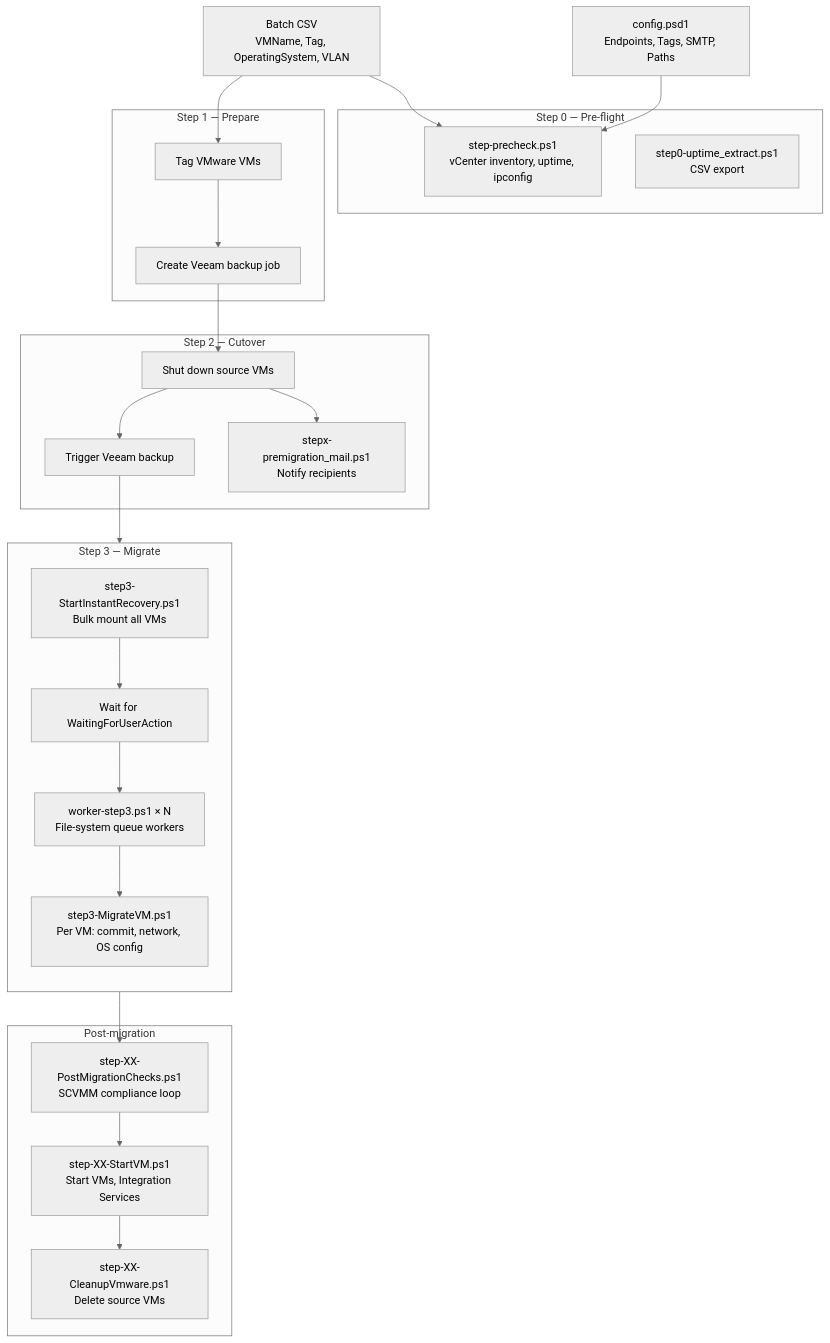
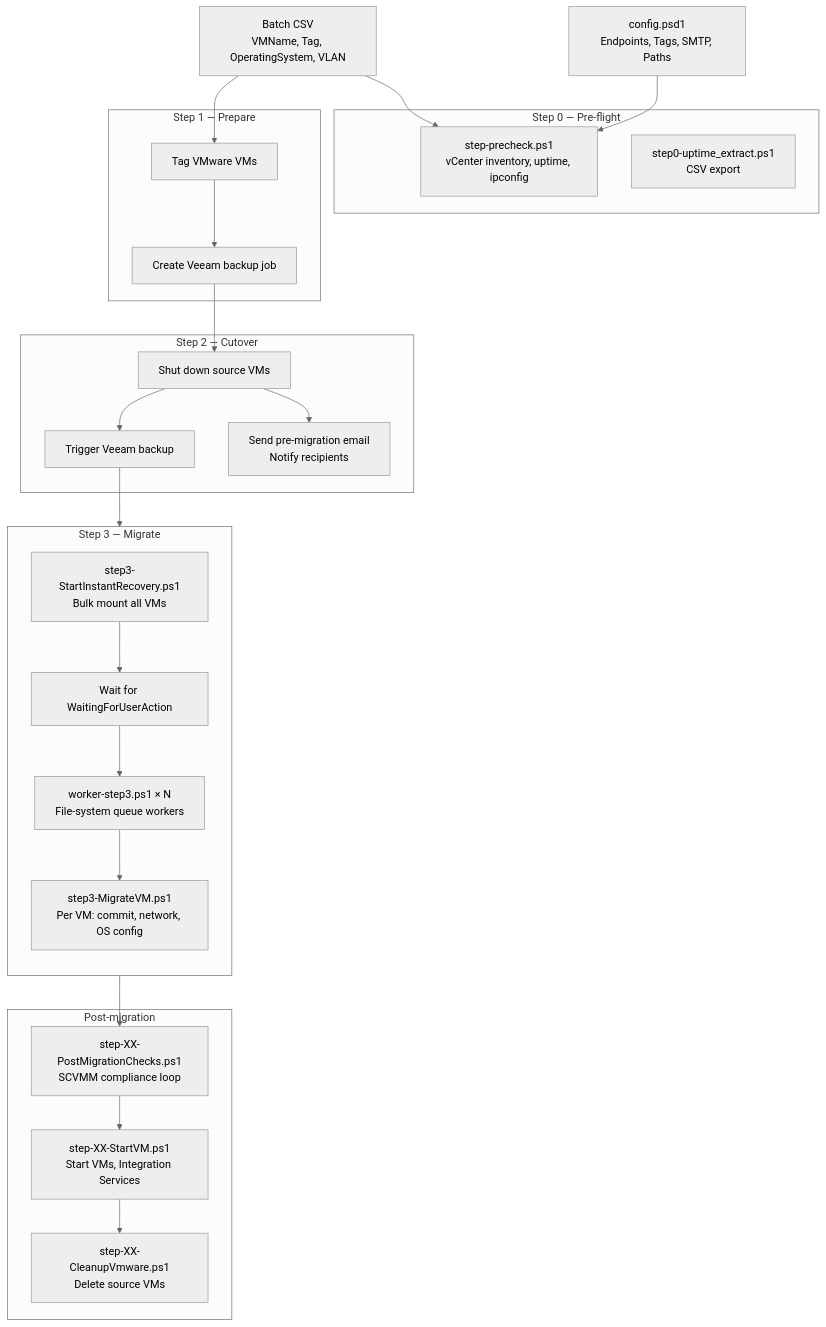
The first of 2 diagrams in README.md (happyvm/vmware2hyperv), drawn with Mermaid (neutral theme) before and after one commit. The commit also changed other lines of this file and 8 other files, not shown here.

First line of the commit message:
refactor: fusionner stepx-premigration_mail.ps1 dans step2 + option Smtp.Enabled

````diff
--- a/README.md
+++ b/README.md
@@ -25,50 +25,50 @@
 ```mermaid
 flowchart TD
     CSV[Batch CSV\nVMName, Tag, OperatingSystem, VLAN]
     CFG[config.psd1\nEndpoints, Tags, SMTP, Paths]
 
     subgraph STEP0["Step 0 — Pre-flight"]
         PRECHECK[step-precheck.ps1\nvCenter inventory, uptime, ipconfig]
         UPTIME[step0-uptime_extract.ps1\nCSV export]
     end
 
     subgraph STEP1["Step 1 — Prepare"]
         TAG[Tag VMware VMs]
         VEEAMJOB[Create Veeam backup job]
     end
 
     subgraph STEP2["Step 2 — Cutover"]
         SHUTDOWN[Shut down source VMs]
         BACKUP[Trigger Veeam backup]
-        MAIL[stepx-premigration_mail.ps1\nNotify recipients]
+        MAIL[Send pre-migration email\nNotify recipients]
     end
 
     subgraph STEP3["Step 3 — Migrate"]
         direction TB
         BULKIR[step3-StartInstantRecovery.ps1\nBulk mount all VMs]
         WAIT[Wait for WaitingForUserAction]
         WORKER[worker-step3.ps1 × N\nFile-system queue workers]
         MIGRATE[step3-MigrateVM.ps1\nPer VM: commit, network, OS config]
     end
 
     subgraph POST["Post-migration"]
         CHECKS[step-XX-PostMigrationChecks.ps1\nSCVMM compliance loop]
         STARTVM[step-XX-StartVM.ps1\nStart VMs, Integration Services]
         CLEANUP[step-XX-CleanupVmware.ps1\nDelete source VMs]
     end
 
     CSV --> PRECHECK
     CFG --> PRECHECK
     CSV --> TAG
     TAG --> VEEAMJOB
     VEEAMJOB --> SHUTDOWN
     SHUTDOWN --> BACKUP
     SHUTDOWN --> MAIL
     BACKUP --> BULKIR
     BULKIR --> WAIT
     WAIT --> WORKER
     WORKER --> MIGRATE
     MIGRATE --> CHECKS
     CHECKS --> STARTVM
     STARTVM --> CLEANUP
 ```
````
